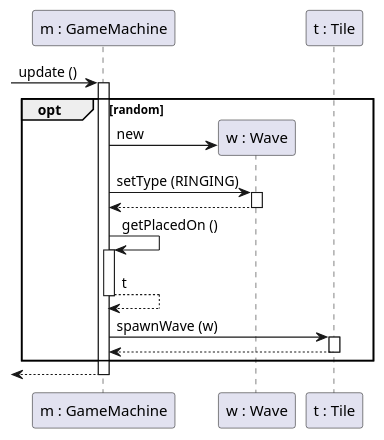
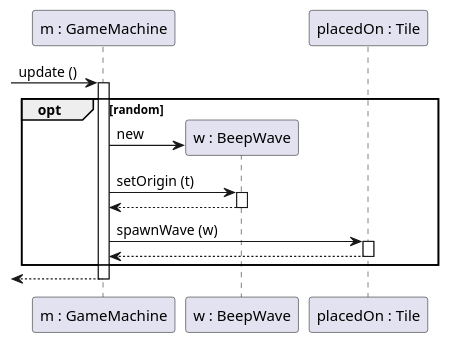
Before and after one commit to bokovhu/software-project-laboratory-assignment: the diagram in 3-analysis-modell/java/src/main/plantuml/SequenceDiagram_GameMachine_update.puml, drawn with PlantUML. The commit also changed 8 other files, not shown here.

```diff
--- a/3-analysis-modell/java/src/main/plantuml/SequenceDiagram_GameMachine_update.puml
+++ b/3-analysis-modell/java/src/main/plantuml/SequenceDiagram_GameMachine_update.puml
@@ -1,31 +1,29 @@
 @startuml
 
 skinparam classAttributeIconSize 0
 skinparam guillemet false
 
 participant "m : GameMachine" as m
-participant "w : Wave" as w
-participant "t : Tile" as t
+participant "w : BeepWave" as w
+participant "placedOn : Tile" as t
 
 [-> m : update ()
 activate m
 
 opt random
 
     m -> w ** : new
 
-    m -> w ++ : setType (RINGING)
+
+
+    m -> w ++ : setOrigin (t)
     w --> m --
-
-    m -> m ++ : getPlacedOn ()
-    m --> m -- : t
-
     m -> t ++ : spawnWave (w)
     t --> m --
 
 end
 
 [<-- m
 deactivate m
 
 @enduml
```
